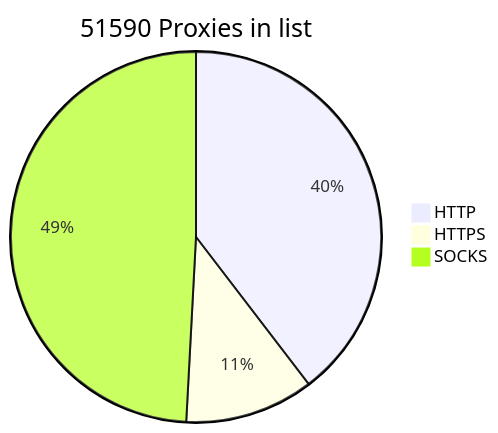
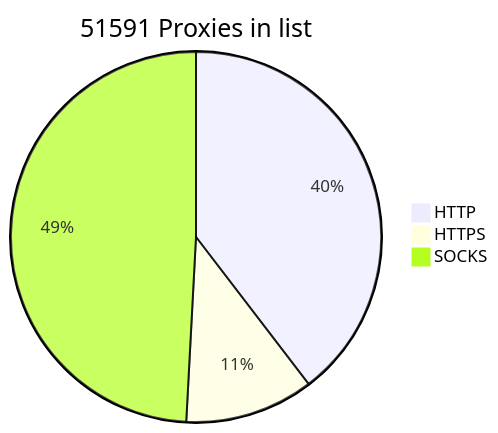
One commit to BlackSnowDot/proxylist-update-every-minute changed the diagram in README.md. Above: the diagram before and after it, drawn with Mermaid.

````diff
--- a/README.md
+++ b/README.md
@@ -2,6 +2,6 @@
 ```mermaid
-pie title 51590 Proxies in list
+pie title 51591 Proxies in list
     "HTTP" : 22687
     "HTTPS": 6443
-    "SOCKS" : 28166
+    "SOCKS" : 28167
 ```
````
